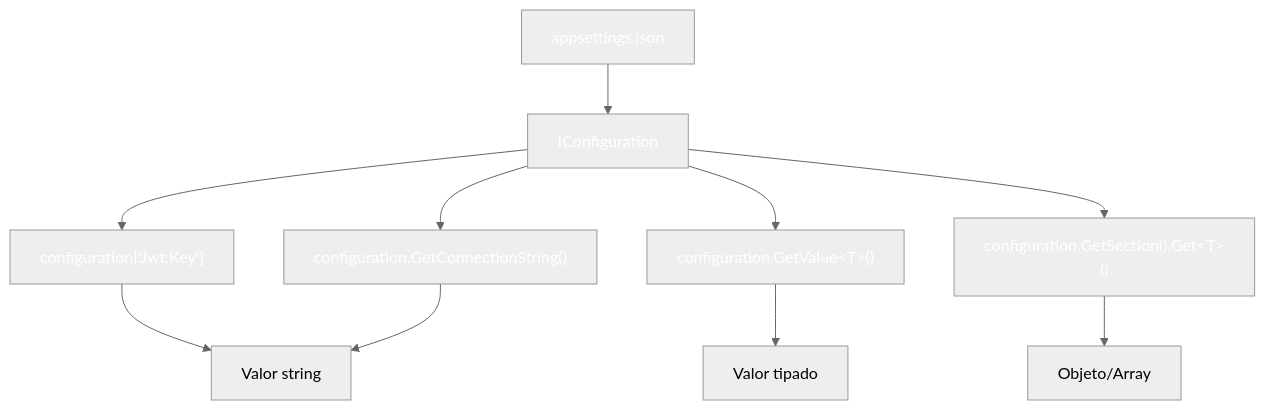
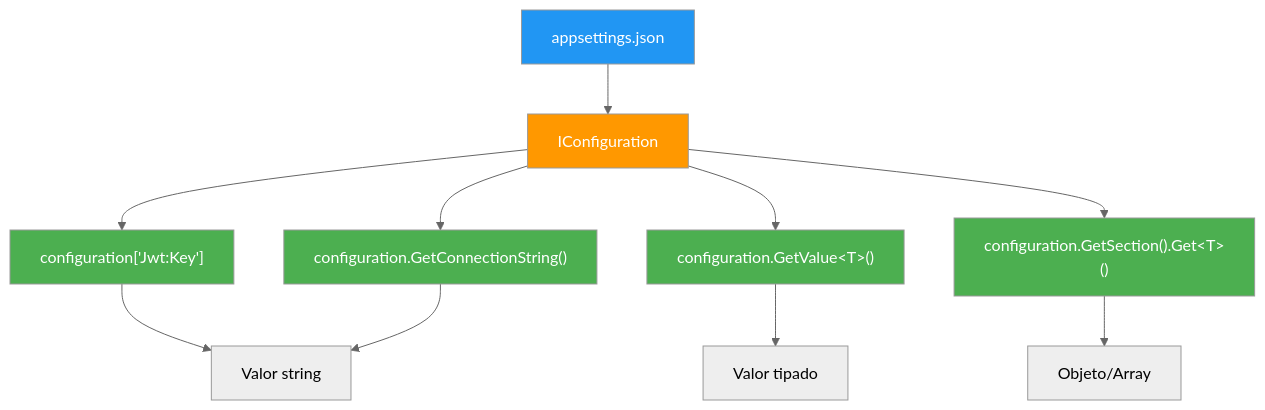
The first of 2 diagrams in 09-configuracion-logging.md (joseluisgs/DesarrolloWebEntornosServidor-02-2026-2027), drawn with Mermaid (neutral theme) before and after one commit. The commit also changed other lines of this file and 29 other files, not shown here.

Commit message:
docs: corregir estilos Mermaid y estilo, quitar referencias a la Tienda y reestructurar los retos 13 y 15

````diff
--- a/09-configuracion-logging.md
+++ b/09-configuracion-logging.md
@@ -242,19 +242,19 @@
 ```mermaid
 flowchart TD
     A["appsettings.json"] --> B["IConfiguration"]
     B --> C["configuration['Jwt:Key']"]
     B --> D["configuration.GetConnectionString()"]
     B --> E["configuration.GetValue&lt;T&gt;()"]
     B --> F["configuration.GetSection().Get&lt;T&gt;()"]
     C --> G["Valor string"]
     D --> G
     E --> H["Valor tipado"]
     F --> I["Objeto/Array"]
 
-    style A fill:#2196F,color:#fff3,color:#fff
-    style B fill:#FF980,color:#fff0,color:#fff
-    style C fill:#4CAF5,color:#fff0,color:#fff
-    style D fill:#4CAF5,color:#fff0,color:#fff
-    style E fill:#4CAF5,color:#fff0,color:#fff
-    style F fill:#4CAF5,color:#fff0,color:#fff
+    style A fill:#2196F3,color:#fff
+    style B fill:#FF9800,color:#fff
+    style C fill:#4CAF50,color:#fff
+    style D fill:#4CAF50,color:#fff
+    style E fill:#4CAF50,color:#fff
+    style F fill:#4CAF50,color:#fff
 ```
````
